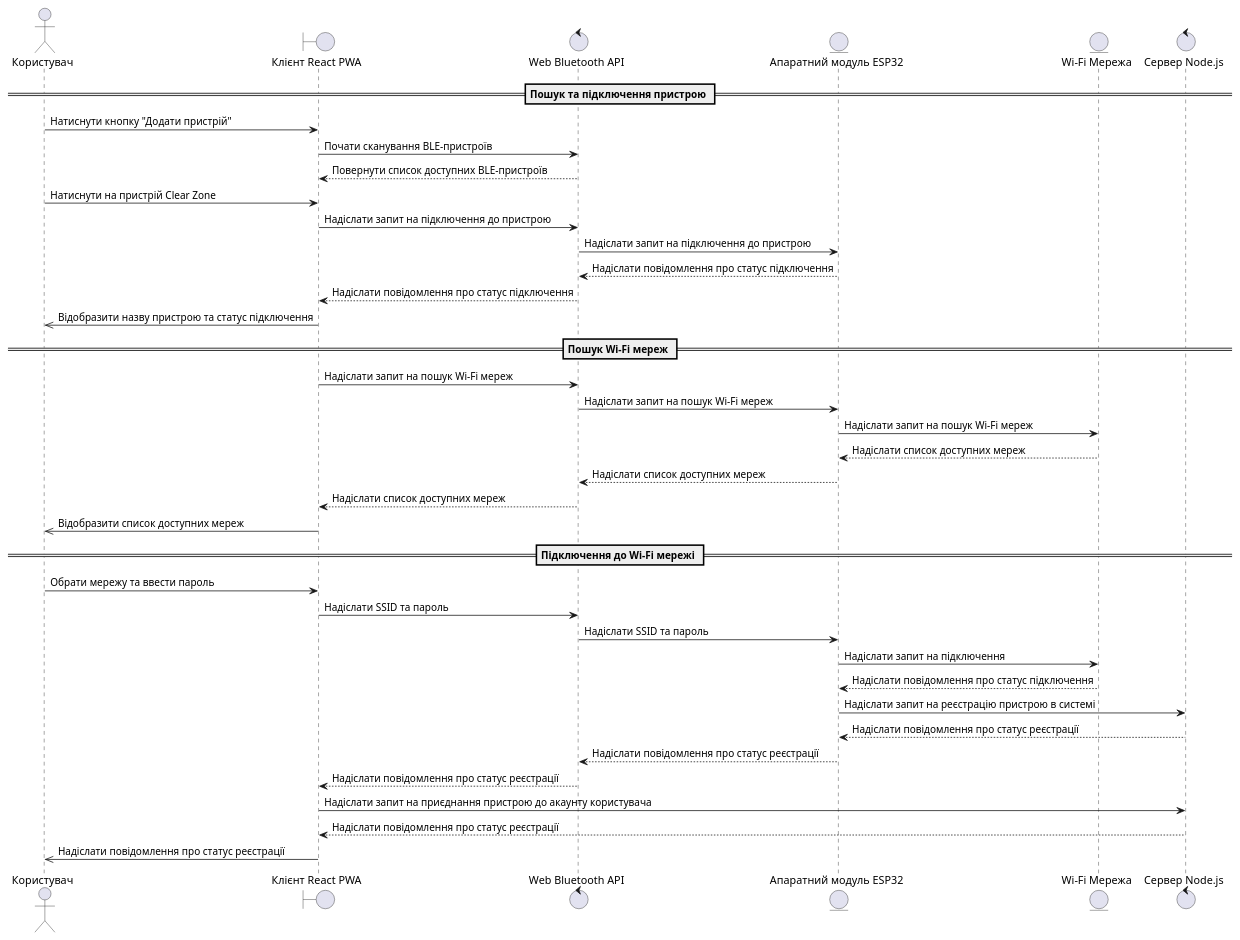
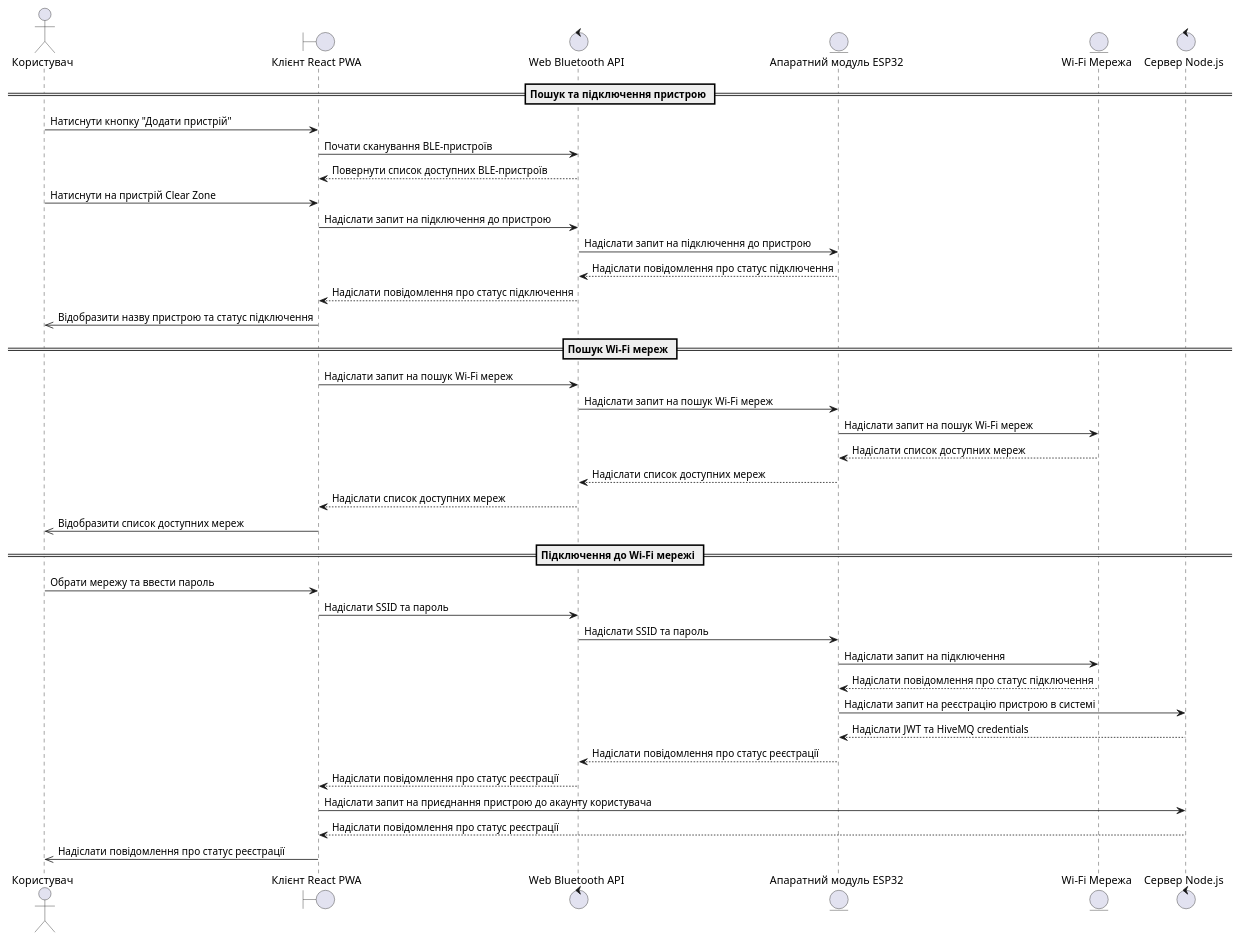
The diagram in architecture/sequence.puml (vitaliyoliynykk/clear-zone-api), drawn with PlantUML before and after one commit. The commit also changed 1 other file, not shown here.

```diff
--- a/architecture/sequence.puml
+++ b/architecture/sequence.puml
@@ -1,43 +1,43 @@
 @startuml
 
 actor Користувач
 boundary "Клієнт React PWA" as Client
 control "Web Bluetooth API" as WebAPI
 entity "Апаратний модуль ESP32" as ESP
 entity "Wi-Fi Мережа" as WiFi
 control "Сервер Node.js" as Server
 
 == Пошук та підключення пристрою ==
 Користувач -> Client : Натиснути кнопку "Додати пристрій"
 Client -> WebAPI : Почати сканування BLE-пристроїв
 WebAPI --> Client : Повернути список доступних BLE-пристроїв
 Користувач -> Client : Натиснути на пристрій Clear Zone
 Client -> WebAPI : Надіслати запит на підключення до пристрою
 WebAPI -> ESP : Надіслати запит на підключення до пристрою
 ESP --> WebAPI : Надіслати повідомлення про статус підключення
 WebAPI --> Client : Надіслати повідомлення про статус підключення
 Client ->> Користувач : Відобразити назву пристрою та статус підключення
 
 == Пошук Wi-Fi мереж ==
 Client -> WebAPI : Надіслати запит на пошук Wi-Fi мереж
 WebAPI -> ESP : Надіслати запит на пошук Wi-Fi мереж
 ESP -> WiFi : Надіслати запит на пошук Wi-Fi мереж
 WiFi --> ESP : Надіслати список доступних мереж
 ESP --> WebAPI : Надіслати список доступних мереж
 WebAPI --> Client : Надіслати список доступних мереж
 Client ->> Користувач : Відобразити список доступних мереж
 
 == Підключення до Wi-Fi мережі ==
 Користувач -> Client : Обрати мережу та ввести пароль
 Client -> WebAPI : Надіслати SSID та пароль
 WebAPI -> ESP : Надіслати SSID та пароль
 ESP -> WiFi : Надіслати запит на підключення
 WiFi --> ESP : Надіслати повідомлення про статус підключення
 ESP -> Server : Надіслати запит на реєстрацію пристрою в системі
-Server --> ESP : Надіслати повідомлення про статус реєстрації
+Server --> ESP : Надіслати JWT та HiveMQ credentials
 ESP --> WebAPI : Надіслати повідомлення про статус реєстрації
 WebAPI --> Client :  Надіслати повідомлення про статус реєстрації
 Client -> Server :  Надіслати запит на приєднання пристрою до акаунту користувача
 Server --> Client :   Надіслати повідомлення про статус реєстрації
 Client ->> Користувач :   Надіслати повідомлення про статус реєстрації
 @enduml
```
